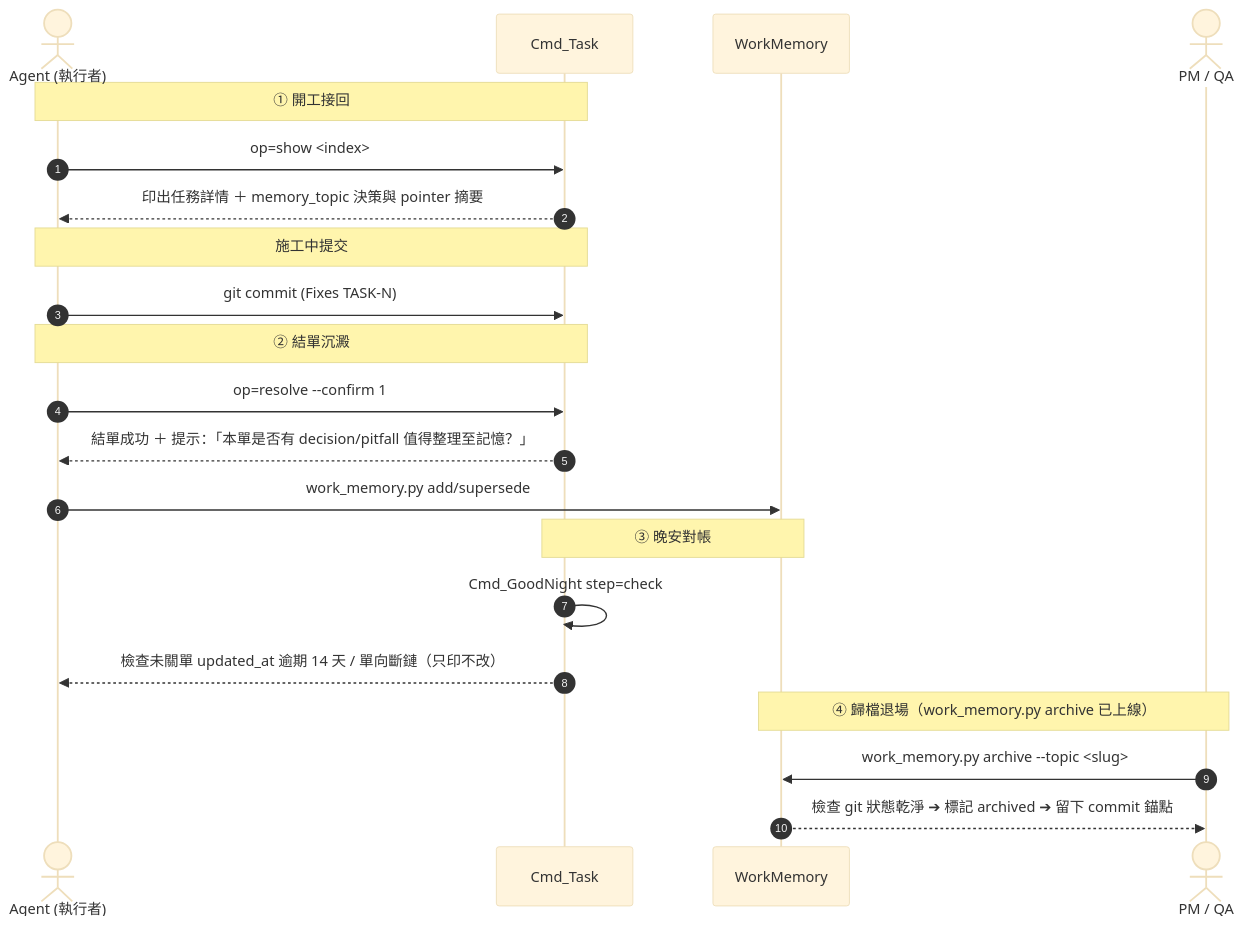
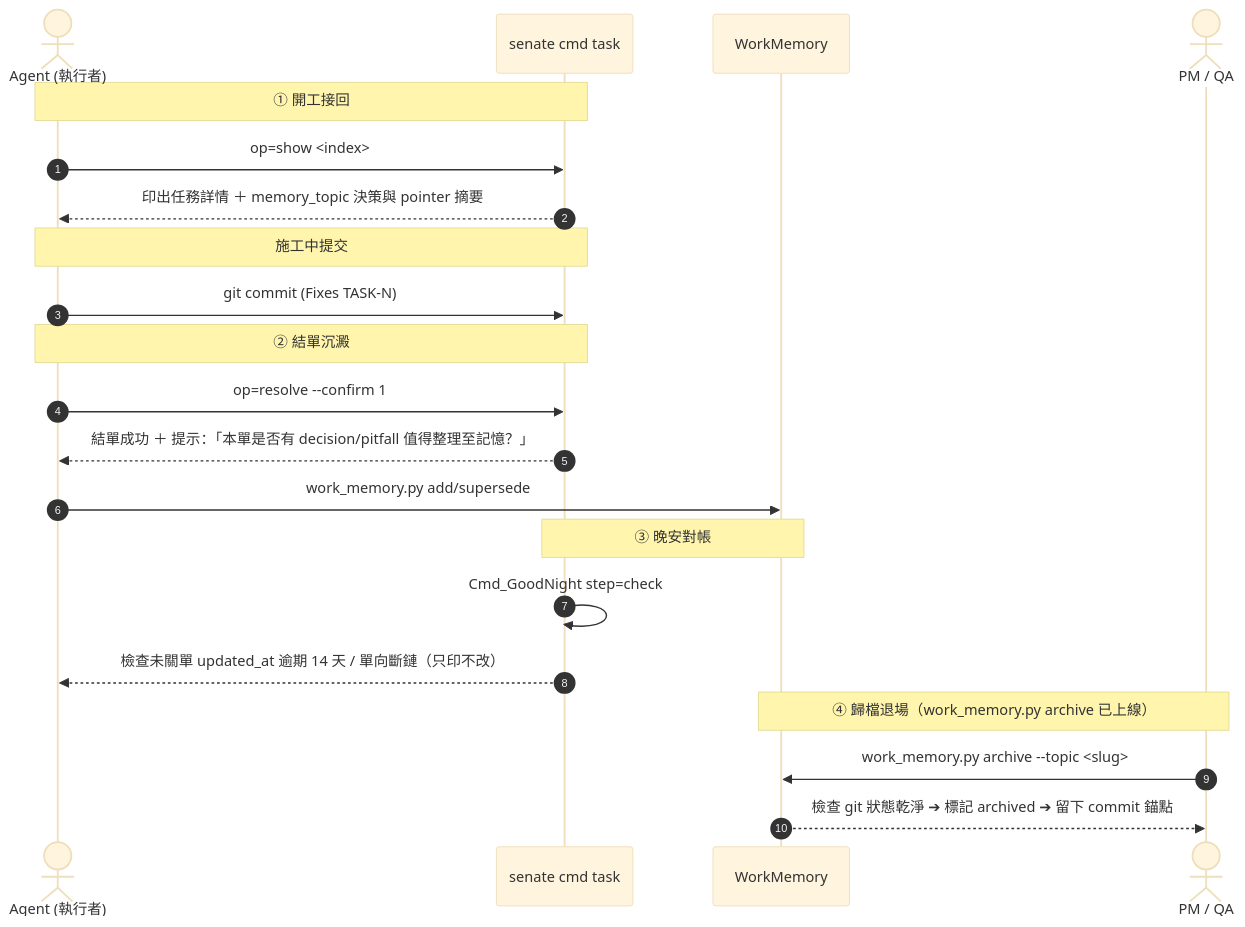
One commit to tim099/UCL_Core changed the diagram in Docs~/zh-Hant/Workflows/Task_Management_Workflow.md. Above: the diagram before and after it, drawn with Mermaid (base theme). The commit also changed other lines of this file and 19 other files, not shown here.

First line of the commit message:
refactor(task)!: Editor 端任務單寫入面整段刪除 —— 寫入 op／後台頁／晚安 skip 一律轉交 `senate cmd task`（TASK-0349）

````diff
--- a/Docs~/zh-Hant/Workflows/Task_Management_Workflow.md
+++ b/Docs~/zh-Hant/Workflows/Task_Management_Workflow.md
@@ -373,28 +389,28 @@
 ```mermaid
 sequenceDiagram
     autonumber
     actor Dev as Agent (執行者)
-    participant Task as Cmd_Task
+    participant Task as senate cmd task
     participant Memory as WorkMemory
     actor PM as PM / QA
 
     Note over Dev, Task: ① 開工接回
     Dev->>Task: op=show <index>
     Task-->>Dev: 印出任務詳情 ＋ memory_topic 決策與 pointer 摘要
     
     Note over Dev, Task: 施工中提交
     Dev->>Task: git commit (Fixes TASK-N)
     
     Note over Dev, Task: ② 結單沉澱
     Dev->>Task: op=resolve --confirm 1
     Task-->>Dev: 結單成功 ＋ 提示：「本單是否有 decision/pitfall 值得整理至記憶？」
     Dev->>Memory: work_memory.py add/supersede
     
     Note over Task, Memory: ③ 晚安對帳
     Task->>Task: Cmd_GoodNight step=check
     Task-->>Dev: 檢查未關單 updated_at 逾期 14 天 / 單向斷鏈（只印不改）
     
     Note over PM, Memory: ④ 歸檔退場（work_memory.py archive 已上線）
     PM->>Memory: work_memory.py archive --topic <slug>
     Memory-->>PM: 檢查 git 狀態乾淨 ➔ 標記 archived ➔ 留下 commit 錨點
 ```
````
